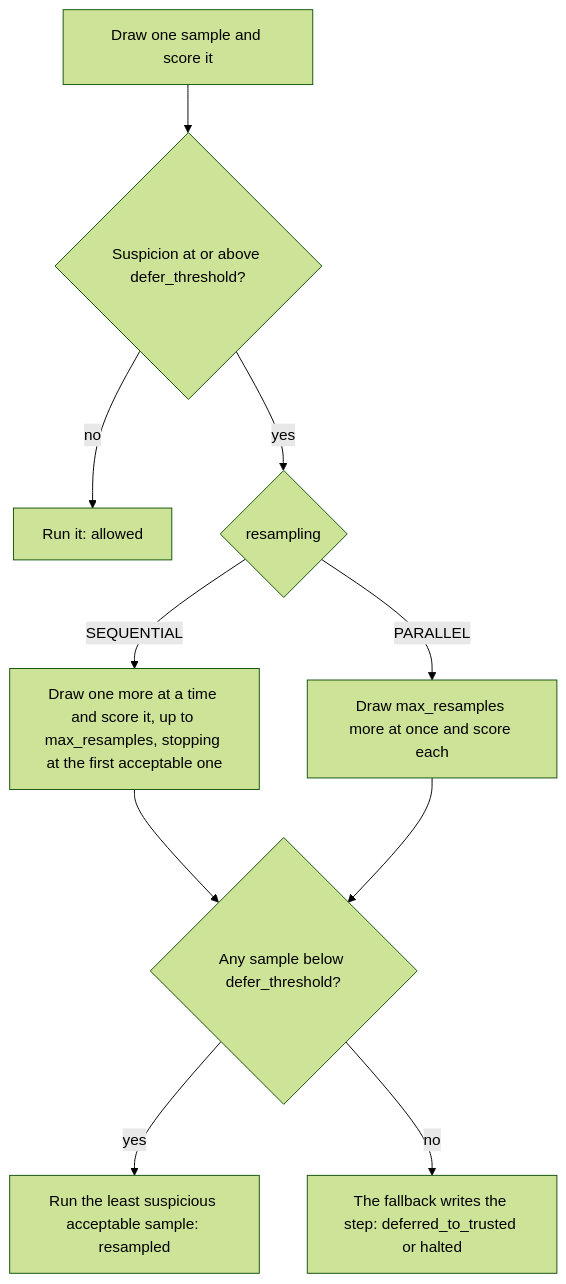
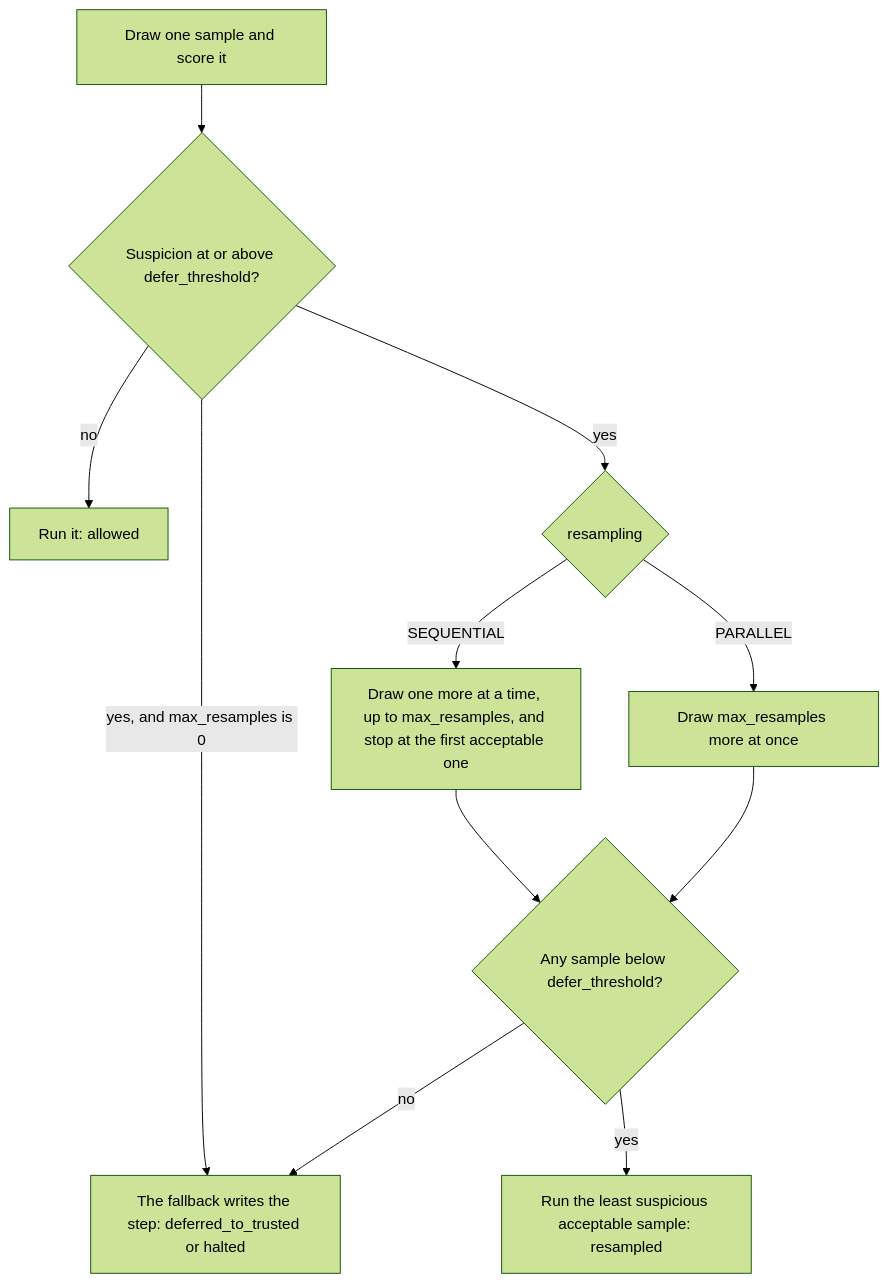
One commit to omamori-lab/langchain-sync-monitors changed the diagram in docs/how-to/use-defer-to-resample.md. Above: the diagram before and after it, drawn with Mermaid (forest theme). The commit also changed other lines of this file, not shown here.

````diff
--- a/docs/how-to/use-defer-to-resample.md
+++ b/docs/how-to/use-defer-to-resample.md
@@ -15,12 +16,13 @@
 ```mermaid
 flowchart TD
     first["Draw one sample and score it"] --> check{"Suspicion at or above defer_threshold?"}
     check -- "no" --> allowed["Run it: allowed"]
+    check -- "yes, and max_resamples is 0" --> fallback
     check -- "yes" --> mode{"resampling"}
-    mode -- "SEQUENTIAL" --> sequential["Draw one more at a time and score it, up to max_resamples, stopping at the first acceptable one"]
-    mode -- "PARALLEL" --> parallel["Draw max_resamples more at once and score each"]
+    mode -- "SEQUENTIAL" --> sequential["Draw one more at a time, up to max_resamples, and stop at the first acceptable one"]
+    mode -- "PARALLEL" --> parallel["Draw max_resamples more at once"]
     sequential --> any{"Any sample below defer_threshold?"}
     parallel --> any
     any -- "yes" --> resampled["Run the least suspicious acceptable sample: resampled"]
     any -- "no" --> fallback["The fallback writes the step: deferred_to_trusted or halted"]
 ```
````
